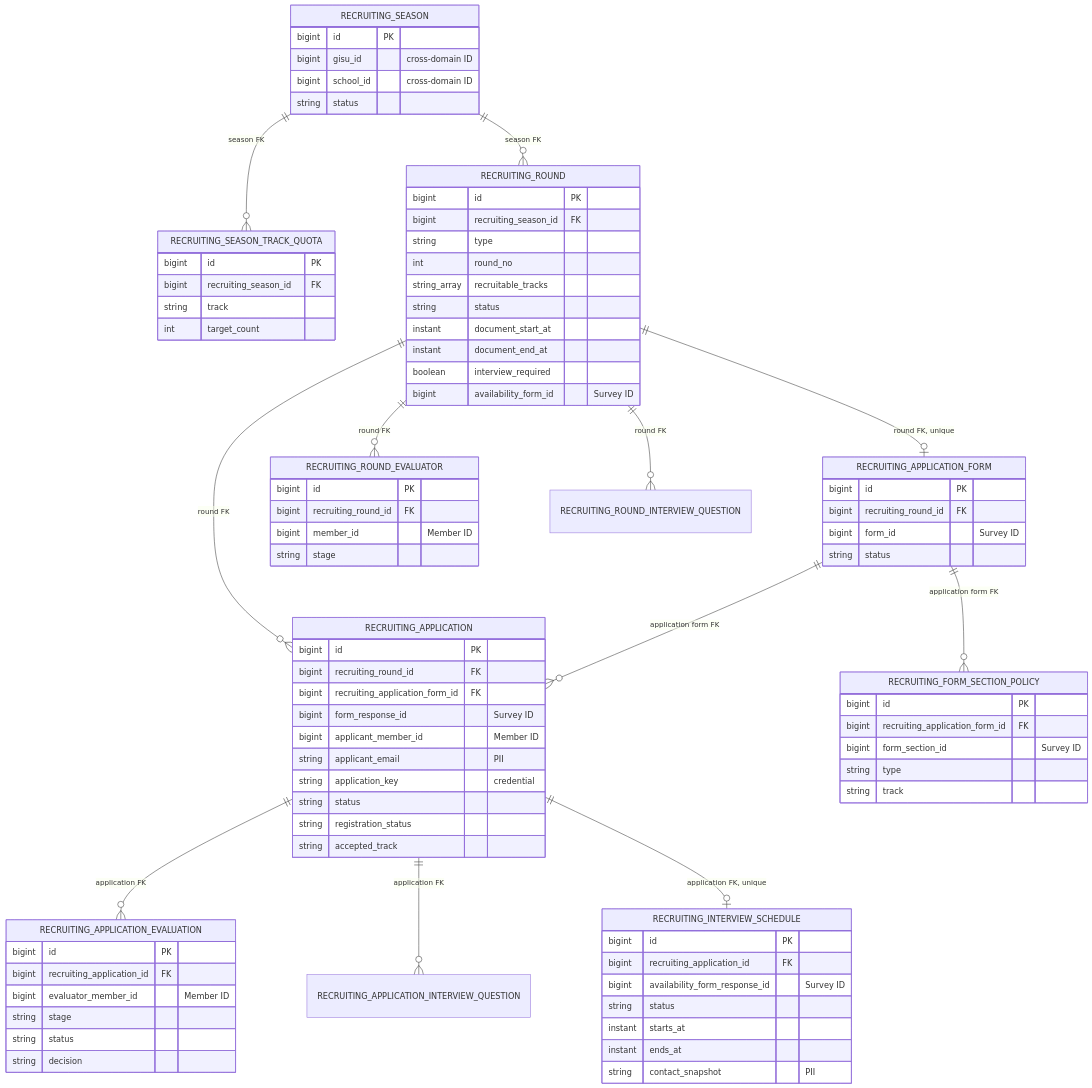
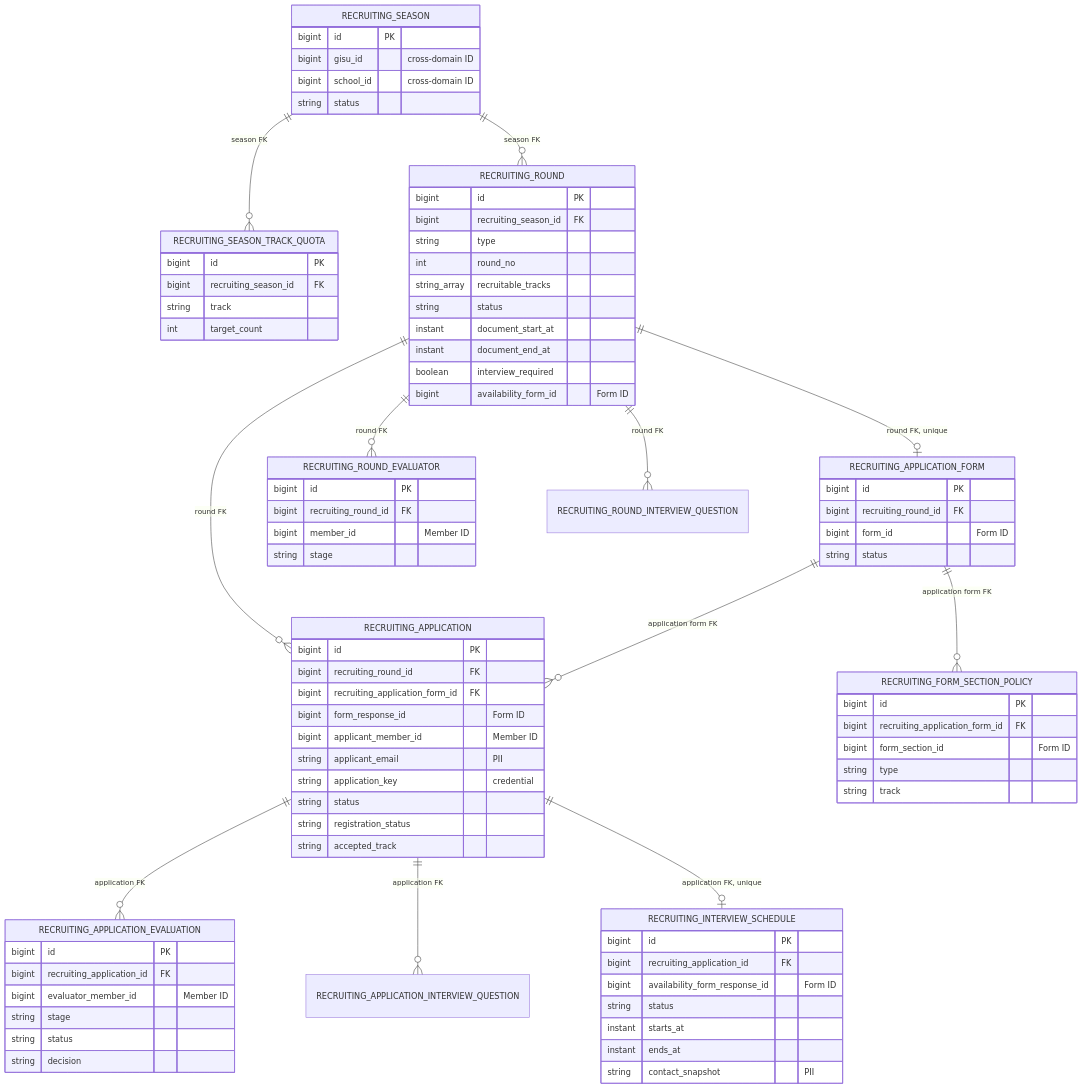
One commit to UMC-PRODUCT/cygnus-server changed the first of 2 diagrams in docs/onboarding/domain/recruiting.md. Above: the diagram before and after it, drawn with Mermaid. The commit also changed other lines of this file and 15 other files, not shown here.

```diff
--- a/docs/onboarding/domain/recruiting.md
+++ b/docs/onboarding/domain/recruiting.md
@@ -52,18 +52,18 @@
         instant document_start_at
         instant document_end_at
         boolean interview_required
-        bigint availability_form_id "Survey ID"
+        bigint availability_form_id "Form ID"
     }
     RECRUITING_APPLICATION_FORM {
         bigint id PK
         bigint recruiting_round_id FK
-        bigint form_id "Survey ID"
+        bigint form_id "Form ID"
         string status
     }
     RECRUITING_FORM_SECTION_POLICY {
         bigint id PK
         bigint recruiting_application_form_id FK
-        bigint form_section_id "Survey ID"
+        bigint form_section_id "Form ID"
         string type
         string track
     }
@@ -71,7 +71,7 @@
         bigint id PK
         bigint recruiting_round_id FK
         bigint recruiting_application_form_id FK
-        bigint form_response_id "Survey ID"
+        bigint form_response_id "Form ID"
         bigint applicant_member_id "Member ID"
         string applicant_email "PII"
         string application_key "credential"
@@ -96,7 +96,7 @@
     RECRUITING_INTERVIEW_SCHEDULE {
         bigint id PK
         bigint recruiting_application_id FK
-        bigint availability_form_response_id "Survey ID"
+        bigint availability_form_response_id "Form ID"
         string status
         instant starts_at
         instant ends_at
```
